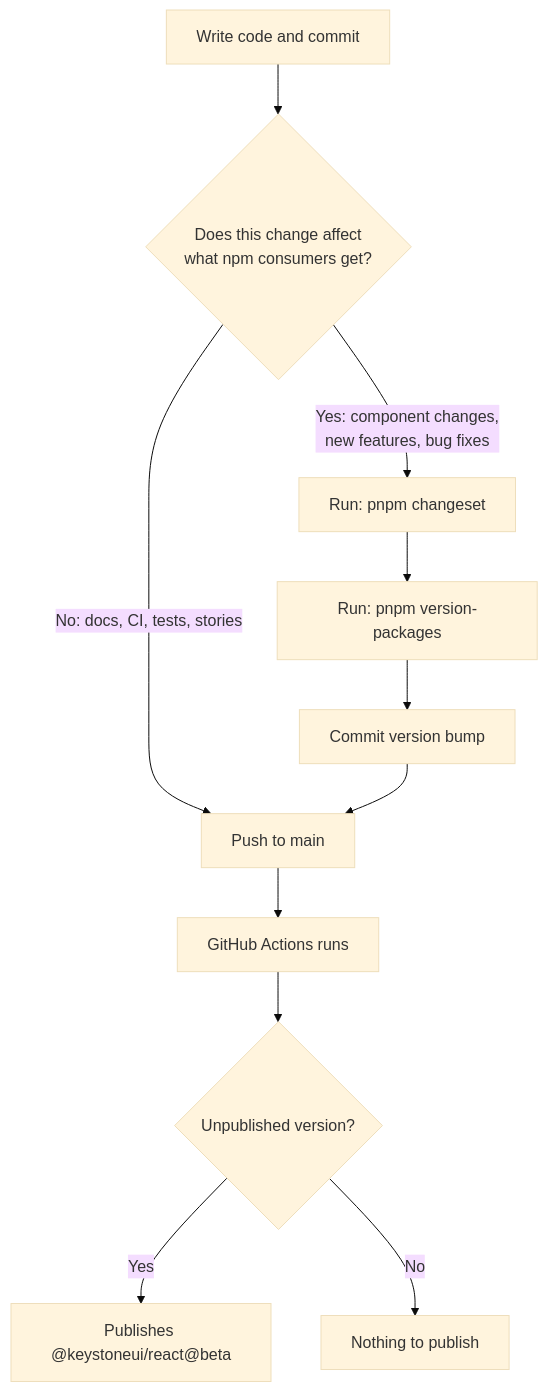
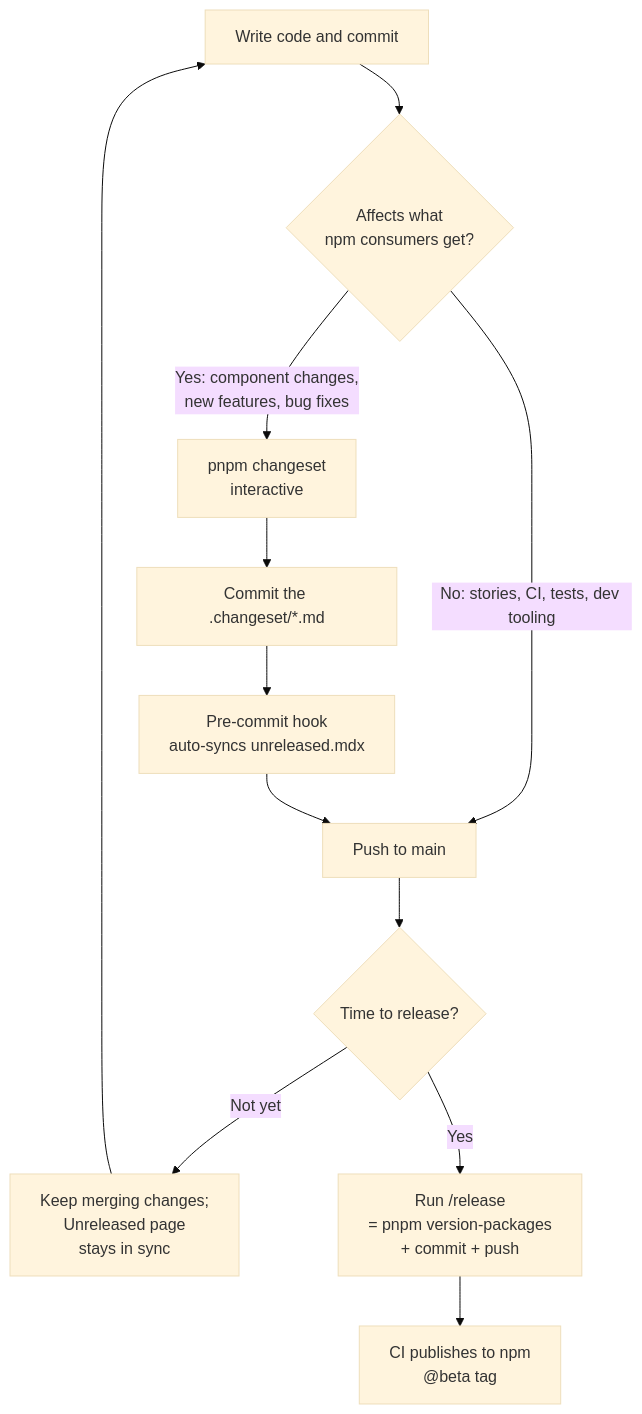
The diagram in CONTRIBUTING.md (keystone-ui/react), drawn with Mermaid (base theme) before and after one commit. The commit also changed other lines of this file and 6 other files, not shown here.

````diff
--- a/CONTRIBUTING.md
+++ b/CONTRIBUTING.md
@@ -181,13 +196,14 @@
 ```mermaid
 flowchart TD
-    A[Write code and commit] --> B{Does this change affect\nwhat npm consumers get?}
-    B -->|No: docs, CI, tests, stories| C[Push to main]
-    B -->|Yes: component changes,\nnew features, bug fixes| D["Run: pnpm changeset"]
-    D --> E["Run: pnpm version-packages"]
-    E --> F["Commit version bump"]
+    A[Write code and commit] --> B{Affects what<br/>npm consumers get?}
+    B -->|No: stories, CI, tests, dev tooling| C[Push to main]
+    B -->|Yes: component changes,<br/>new features, bug fixes| D[pnpm changeset<br/>interactive]
+    D --> E[Commit the .changeset/*.md]
+    E --> F[Pre-commit hook<br/>auto-syncs unreleased.mdx]
     F --> C
-    C --> G[GitHub Actions runs]
-    G --> H{Unpublished version?}
-    H -->|Yes| I["Publishes @keystoneui/react@beta"]
-    H -->|No| J[Nothing to publish]
+    C --> G{Time to release?}
+    G -->|Not yet| H[Keep merging changes;<br/>Unreleased page<br/>stays in sync]
+    G -->|Yes| I[Run /release<br/>= pnpm version-packages<br/>+ commit + push]
+    I --> J[CI publishes to npm<br/>@beta tag]
+    H --> A
 ```
````
